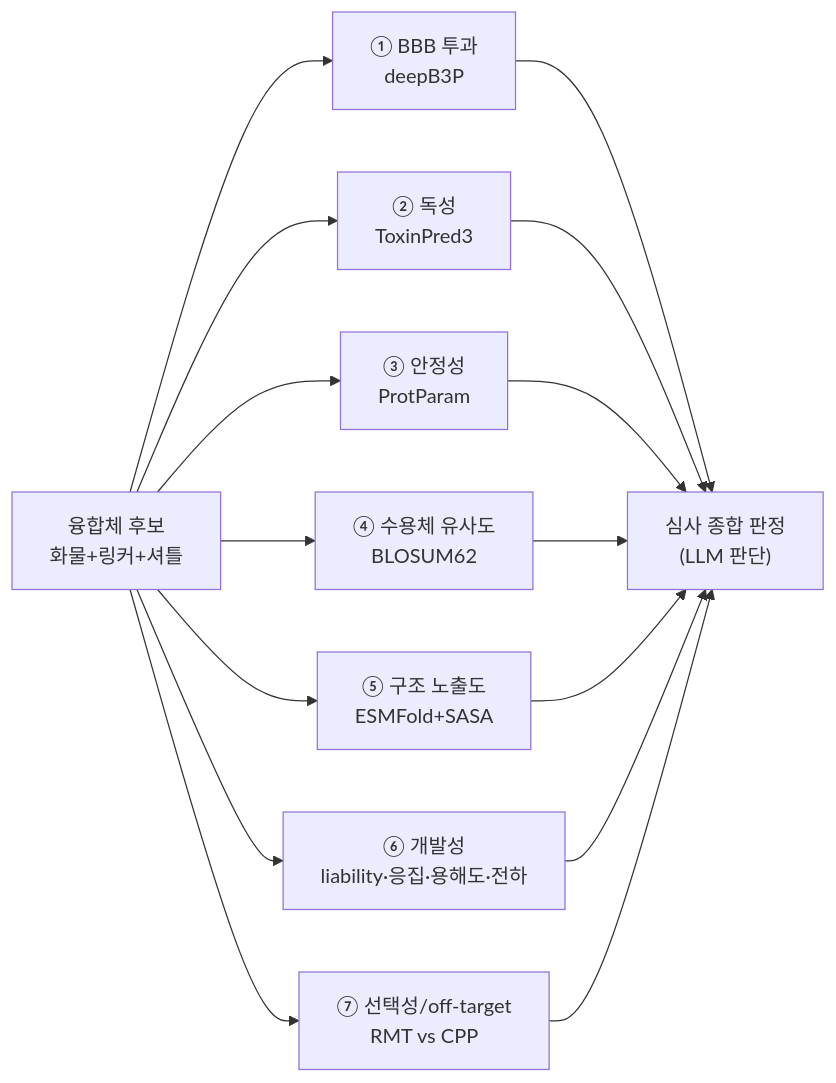
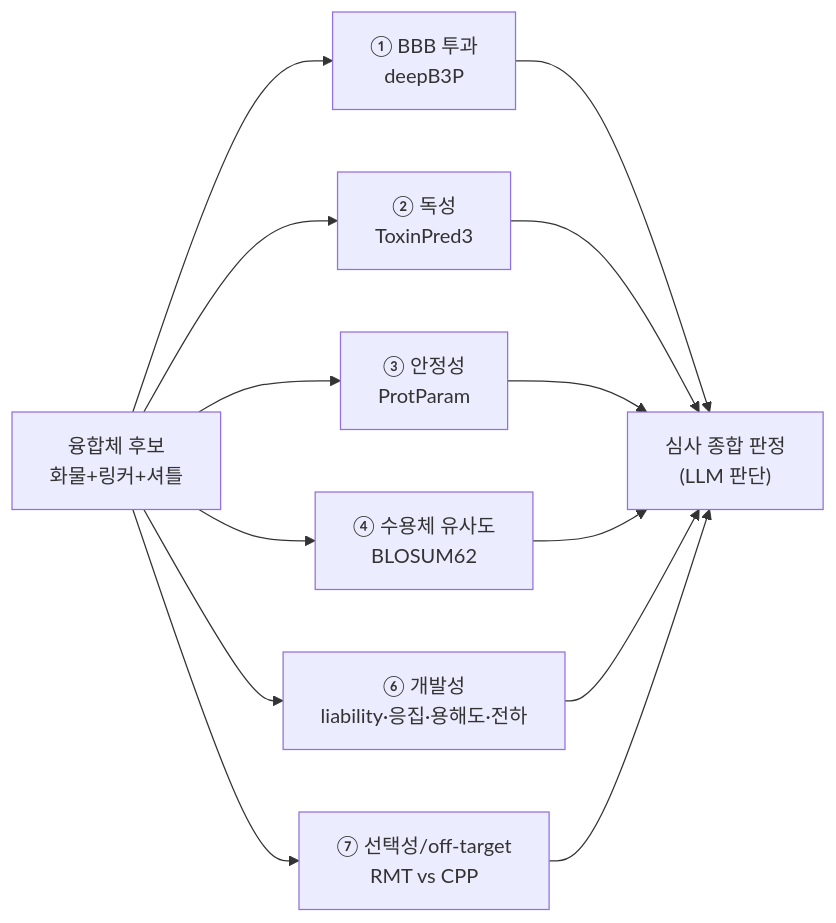
The seventh of 10 diagrams in 아키텍처.md (yunseul6028/BBB-Optimizer), drawn with Mermaid before and after one commit. The commit also changed other lines of this file and 10 other files, not shown here.

````diff
--- a/아키텍처.md
+++ b/아키텍처.md
@@ -312,12 +306,11 @@
 ```mermaid
 flowchart LR
-  IN["융합체 후보<br/>화물+링커+셔틀"] --> A1 & A2 & A3 & A4 & A5 & A6 & A7
+  IN["융합체 후보<br/>화물+링커+셔틀"] --> A1 & A2 & A3 & A4 & A6 & A7
   A1["① BBB 투과<br/>deepB3P"]
   A2["② 독성<br/>ToxinPred3"]
   A3["③ 안정성<br/>ProtParam"]
   A4["④ 수용체 유사도<br/>BLOSUM62"]
-  A5["⑤ 구조 노출도<br/>ESMFold+SASA"]
   A6["⑥ 개발성<br/>liability·응집·용해도·전하"]
   A7["⑦ 선택성/off-target<br/>RMT vs CPP"]
-  A1 & A2 & A3 & A4 & A5 & A6 & A7 --> J["심사 종합 판정<br/>(LLM 판단)"]
+  A1 & A2 & A3 & A4 & A6 & A7 --> J["심사 종합 판정<br/>(LLM 판단)"]
 ```
````
